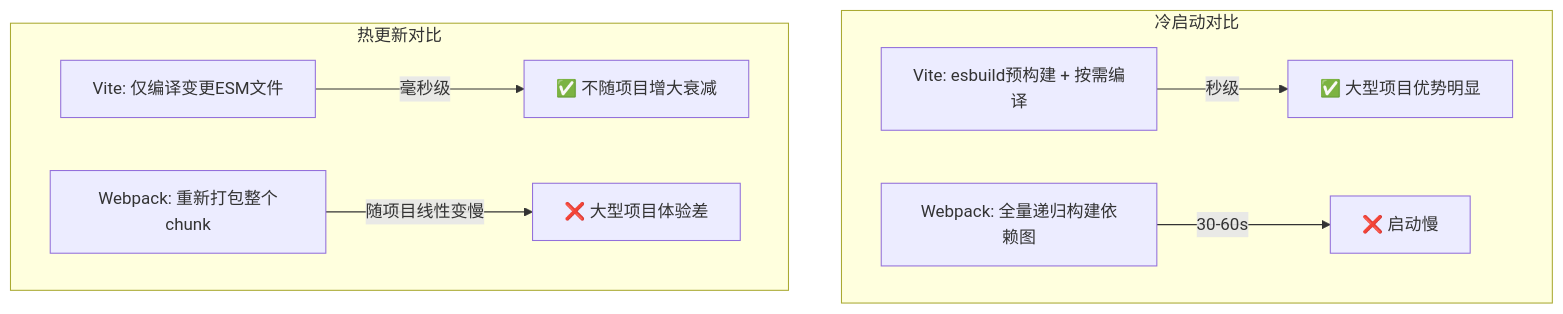
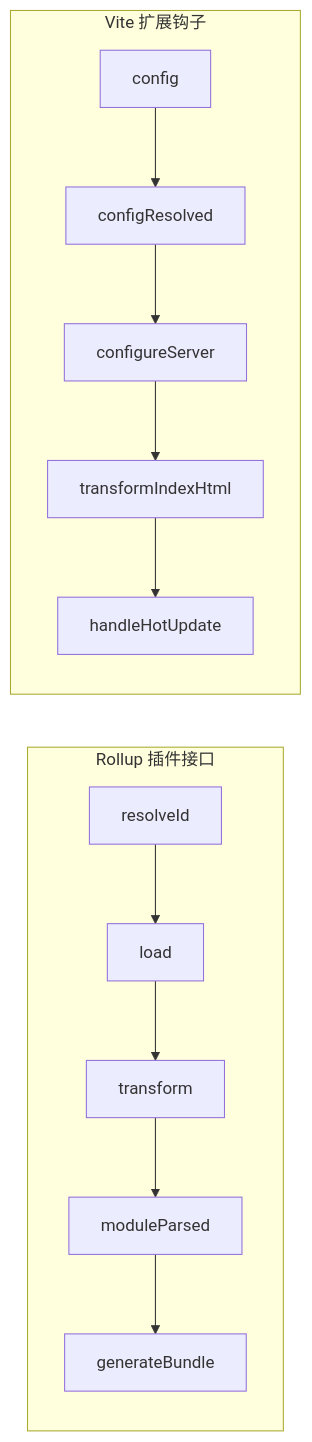
One commit to KMaybe01/common changed diagram 20 of 58 in S3-进阶提升/03-前端工程化.md. Above: the diagram before and after it, drawn with Mermaid. The commit also changed other lines of this file and 27 other files, not shown here.

````diff
--- a/S3-进阶提升/03-前端工程化.md
+++ b/S3-进阶提升/03-前端工程化.md
@@ -1008,11 +931,15 @@
 ```mermaid
-graph TD
-    subgraph 冷启动对比
-        A["Vite: esbuild预构建 + 按需编译"] -->|秒级| A1["✅ 大型项目优势明显"]
-        B["Webpack: 全量递归构建依赖图"] -->|30-60s| B1["❌ 启动慢"]
+flowchart LR
+    subgraph "Rollup 插件接口"
+        A["resolveId"] --> B["load"]
+        B --> C["transform"]
+        C --> D["moduleParsed"]
+        D --> E["generateBundle"]
     end
-    subgraph 热更新对比
-        C["Vite: 仅编译变更ESM文件"] -->|毫秒级| C1["✅ 不随项目增大衰减"]
-        D["Webpack: 重新打包整个chunk"] -->|随项目线性变慢| D1["❌ 大型项目体验差"]
+    subgraph "Vite 扩展钩子"
+        F["config"] --> G["configResolved"]
+        G --> H["configureServer"]
+        H --> I["transformIndexHtml"]
+        I --> J["handleHotUpdate"]
     end
 ```
````
